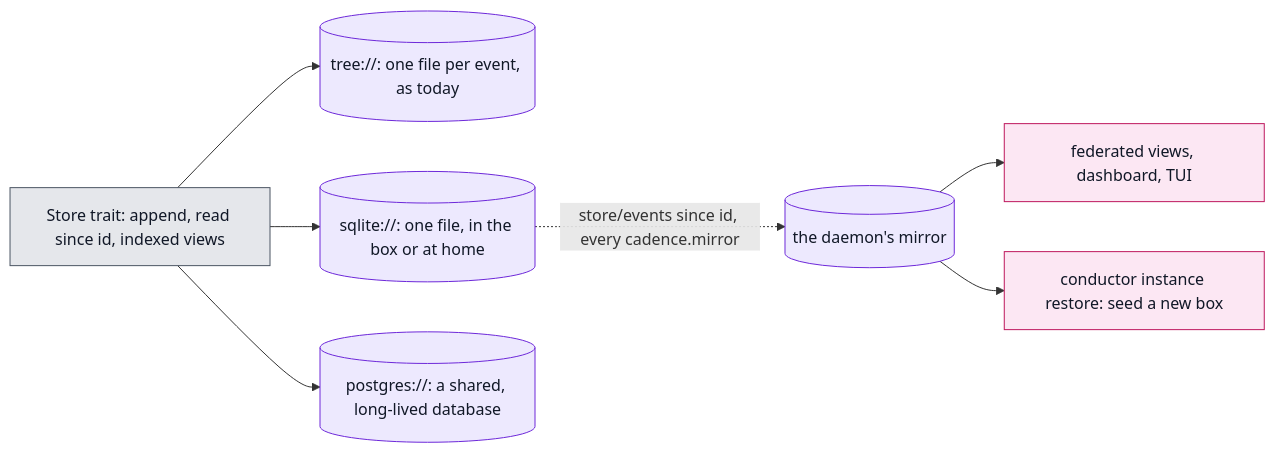
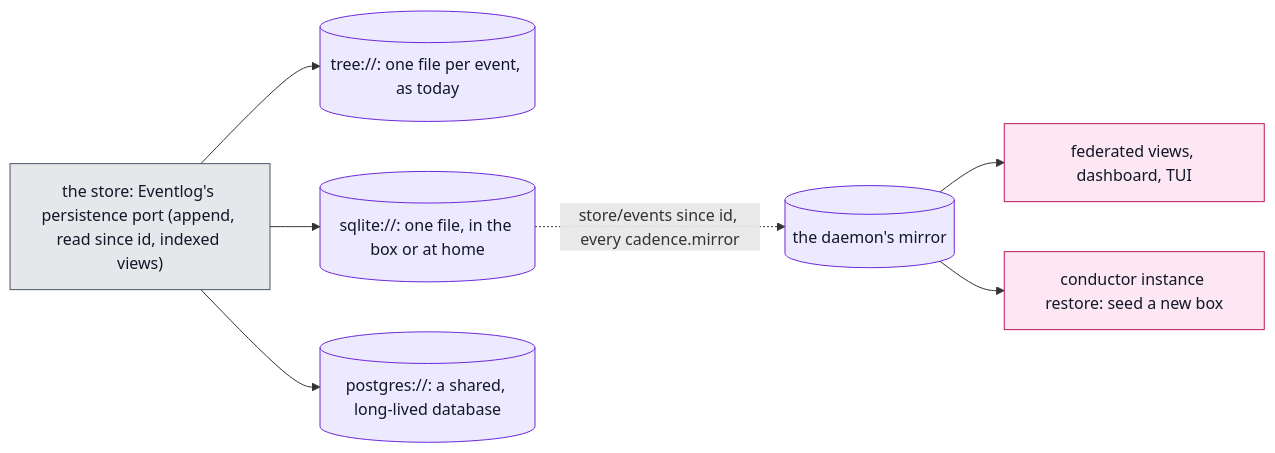
The eighth of 12 diagrams in website/docs/concepts/architecture.md (beyond10x/conductor), drawn with Mermaid before and after one commit. The commit also changed other lines of this file and 4 other files, not shown here.

First line of the commit message:
design: align the next architecture with the atlas ADRs, loom, takt and mantle

````diff
--- a/website/docs/concepts/architecture.md
+++ b/website/docs/concepts/architecture.md
@@ -435,14 +442,14 @@
 ```mermaid
 flowchart LR
   classDef store fill:#ede9fe,stroke:#6d28d9,color:#111827
   classDef model fill:#dcfce7,stroke:#15803d,color:#111827
   classDef nomodel fill:#e5e7eb,stroke:#4b5563,color:#111827
   classDef cmd fill:#fce7f3,stroke:#be185d,color:#111827
-  t["Store trait: append, read since id, indexed views"]:::nomodel
+  t["the store: Eventlog's persistence port (append, read since id, indexed views)"]:::nomodel
   t --> tree[("tree://: one file per event, as today")]:::store
   t --> sq[("sqlite://: one file, in the box or at home")]:::store
   t --> pg[("postgres://: a shared, long-lived database")]:::store
   sq -.->|store/events since id, every cadence.mirror| mirror[("the daemon's mirror")]:::store
   mirror --> ui["federated views, dashboard, TUI"]:::cmd
   mirror --> restore["conductor instance restore: seed a new box"]:::cmd
 ```
````
